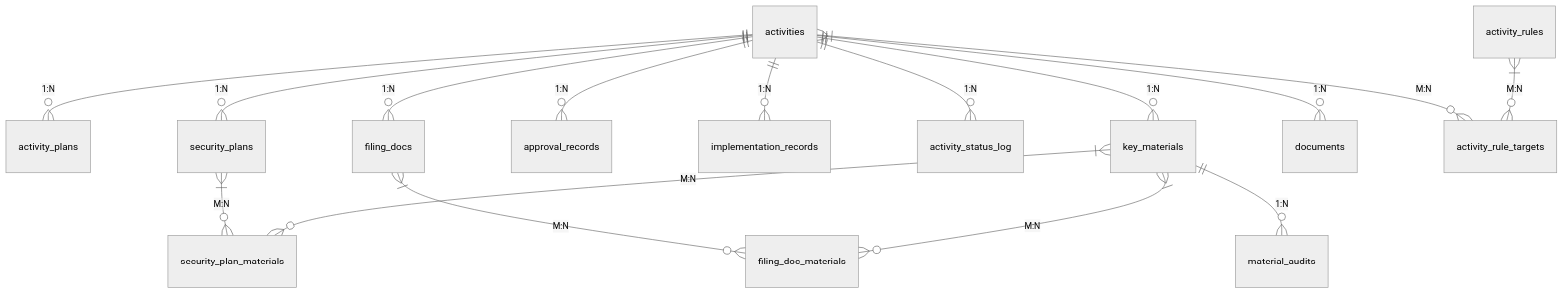
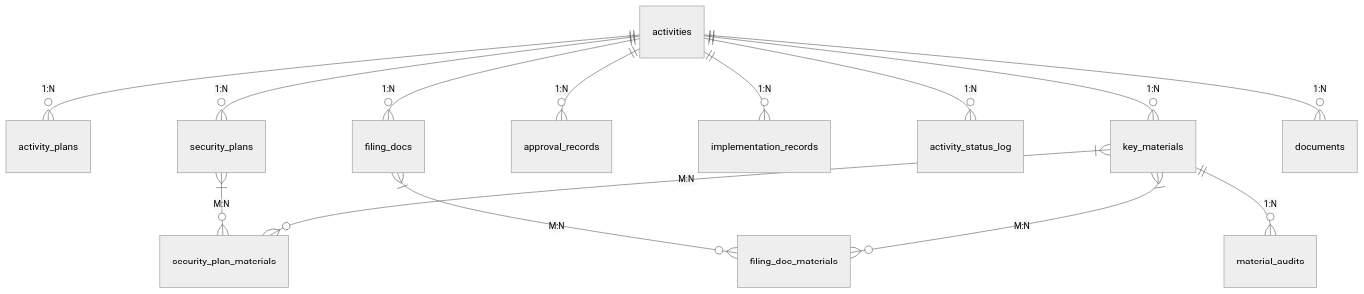
The first of 3 diagrams in docs/data-layer-report.md (VasantLong/camis2026), drawn with Mermaid (neutral theme) before and after one commit. The commit also changed other lines of this file and 4 other files, not shown here.

Commit message:
refactor: remove unused ActivityRule entity — no business logic references (删除无实际作用的ActivityRule)

````diff
--- a/docs/data-layer-report.md
+++ b/docs/data-layer-report.md
@@ -25,18 +25,16 @@
 ```mermaid
 erDiagram
     activities ||--o{ activity_plans : "1:N"
     activities ||--o{ security_plans : "1:N"
     activities ||--o{ filing_docs : "1:N"
     activities ||--o{ approval_records : "1:N"
     activities ||--o{ implementation_records : "1:N"
     activities ||--o{ activity_status_log : "1:N"
     activities ||--o{ key_materials : "1:N"
     activities ||--o{ documents : "1:N"
-    activities }|--o{ activity_rule_targets : "M:N"
-    activity_rules }|--o{ activity_rule_targets : "M:N"
     security_plans }|--o{ security_plan_materials : "M:N"
     filing_docs }|--o{ filing_doc_materials : "M:N"
     key_materials }|--o{ security_plan_materials : "M:N"
     key_materials }|--o{ filing_doc_materials : "M:N"
     key_materials ||--o{ material_audits : "1:N"
 ```
````
